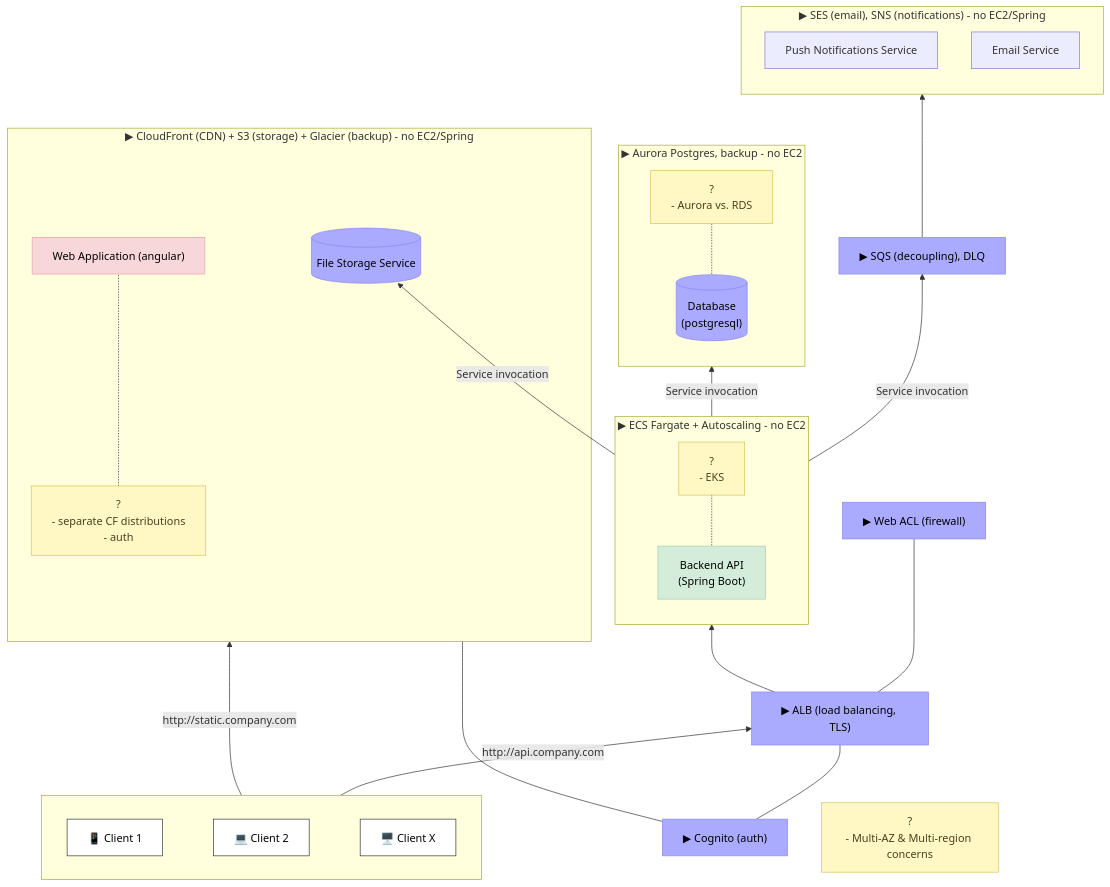
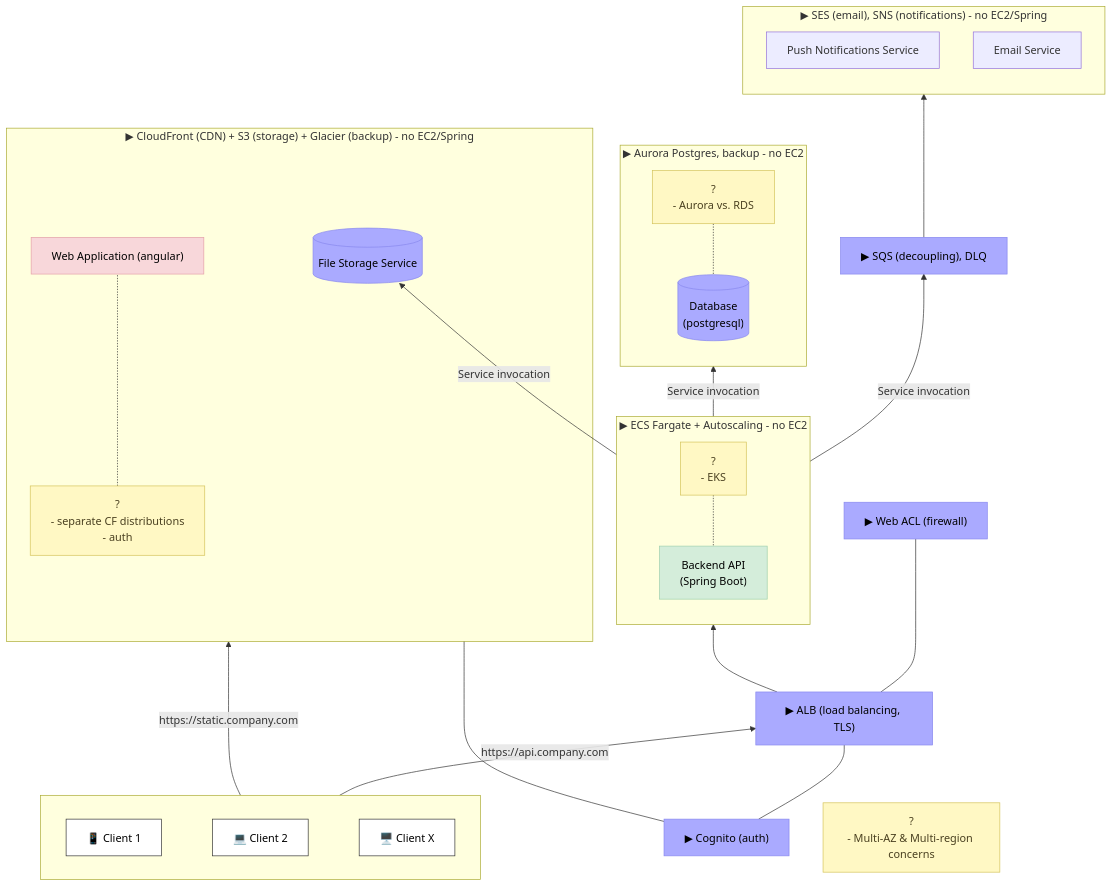
One commit to marek-burza/coding changed the second of 2 diagrams in system-design/monolith-decomposition.md. Above: the diagram before and after it, drawn with Mermaid. The commit also changed other lines of this file, not shown here.

Commit message:
Minor amendment w.r.t. security and backups

````diff
--- a/system-design/monolith-decomposition.md
+++ b/system-design/monolith-decomposition.md
@@ -137,72 +137,72 @@
 ```mermaid
 flowchart BT
     subgraph MESSAGING["▶ SES (email), SNS (notifications) - no EC2/Spring"]
         PUSH["Push Notifications Service"]
         EMAIL["Email Service"]
     end
 
     QUEUE["▶ SQS (decoupling), DLQ"]
 
     QUEUE --> MESSAGING
 
     subgraph DB["▶ Aurora Postgres, backup - no EC2"]
         POSTGRES[("Database<br/>(postgresql)")]
         NOTEDB["?<br/>- Aurora vs. RDS"]
         NOTEDB -.- POSTGRES
     end
 
     subgraph CF["▶ CloudFront (CDN) + S3 (storage) + Glacier (backup) - no EC2/Spring"]
         FILES[("File Storage Service")]
         WEB["Web Application (angular)"]
         NOTECF["?<br/>- separate CF distributions<br/>- auth"]
         NOTECF -.- WEB
     end
 
     COGNITO["▶ Cognito (auth)"]
 
     subgraph ECS["▶ ECS Fargate + Autoscaling - no EC2"]
         API["Backend API<br/>(Spring Boot)"]
         NOTEAPI["?<br/>- EKS"]
         NOTEAPI -.- API
     end
 
     ECS -->|Service invocation| QUEUE
     ECS -->|Service invocation| DB
     ECS -->|Service invocation| FILES
 
     FIREWALL["▶ Web ACL (firewall)"]
 
     ALB["▶ ALB (load balancing, TLS)"]
 
     ALB --> ECS
     ALB --- FIREWALL
 
     COGNITO --- ALB
     COGNITO --- CF
 
     subgraph CLIENTS[" "]
         direction LR
         C1["📱 Client 1"]
         C2["💻 Client 2"]
         CX["🖥️ Client X"]
         %% (force layout)
         C1 ~~~ C2 ~~~ CX
     end
 
-    CLIENTS -->|http://api.company.com| ALB
-    CLIENTS -->|http://static.company.com| CF
+    CLIENTS -->|https://api.company.com| ALB
+    CLIENTS -->|https://static.company.com| CF
 
     NOTEMULTI["?<br/>- Multi-AZ & Multi-region concerns"]
 
     classDef web fill:#f8d7da,stroke:#e4a0a8,color:#000
     classDef api fill:#d4edda,stroke:#9ecfae,color:#000
     classDef managed fill:#aaaaff,stroke:#8888ee,color:#000
     classDef client fill:#fff,stroke:#333,color:#000
     classDef note fill:#fff8c4,stroke:#d4c35a,stroke-width:1px,color:#4a4020
 
     class WEB web
     class API api
     class QUEUE,POSTGRES,FILES,ALB,COGNITO,FIREWALL managed
     class C1,C2,CX client
     class NOTECF,NOTEAPI,NOTEDB,NOTEMULTI note
 ```
````
